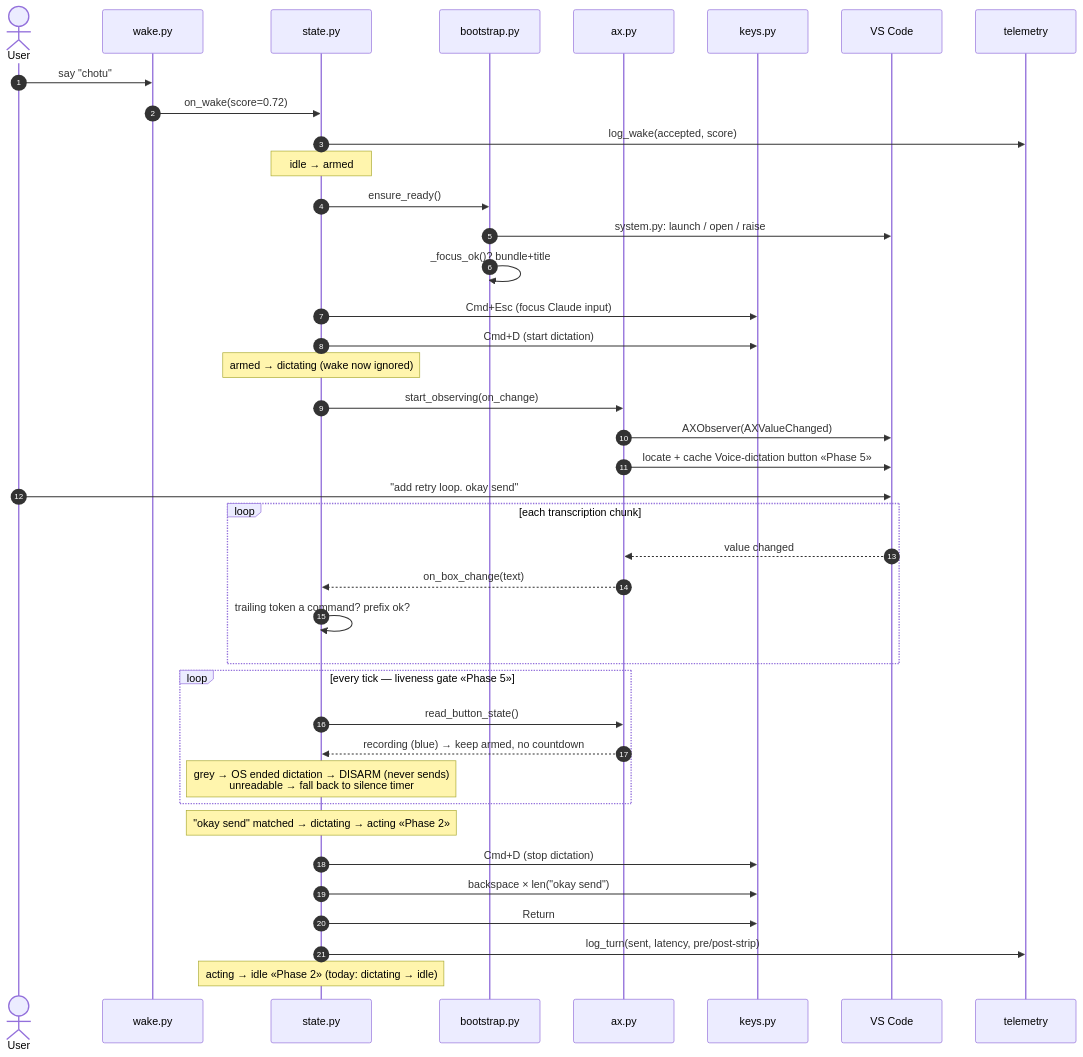
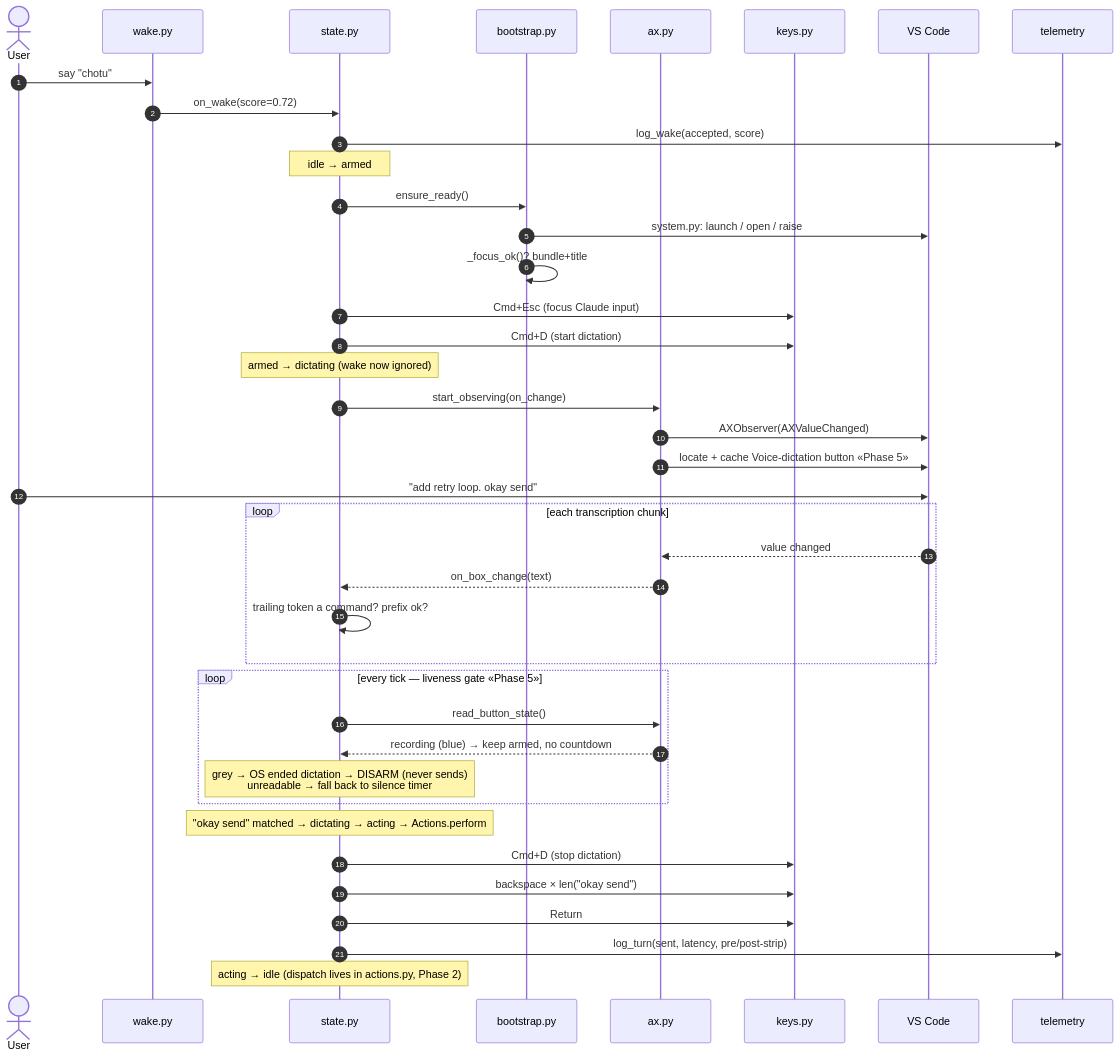
One commit to utkarshtrivedimdz/hey-claude changed the third of 8 diagrams in docs/ARCHITECTURE.md. Above: the diagram before and after it, drawn with Mermaid. The commit also changed other lines of this file and 5 other files, not shown here.

````diff
--- a/docs/ARCHITECTURE.md
+++ b/docs/ARCHITECTURE.md
@@ -160,43 +160,43 @@
 ```mermaid
 sequenceDiagram
   autonumber
   actor U as User
   participant W as wake.py
   participant SM as state.py
   participant BS as bootstrap.py
   participant AX as ax.py
   participant K as keys.py
   participant VS as VS Code
   participant T as telemetry
 
   U->>W: say "chotu"
   W->>SM: on_wake(score=0.72)
   SM->>T: log_wake(accepted, score)
   Note over SM: idle → armed
   SM->>BS: ensure_ready()
   BS->>VS: system.py: launch / open / raise
   BS->>BS: _focus_ok()? bundle+title
   SM->>K: Cmd+Esc (focus Claude input)
   SM->>K: Cmd+D (start dictation)
   Note over SM: armed → dictating (wake now ignored)
   SM->>AX: start_observing(on_change)
   AX->>VS: AXObserver(AXValueChanged)
   AX->>VS: locate + cache Voice-dictation button «Phase 5»
   U->>VS: "add retry loop. okay send"
   loop each transcription chunk
     VS-->>AX: value changed
     AX-->>SM: on_box_change(text)
     SM->>SM: trailing token a command? prefix ok?
   end
   loop every tick — liveness gate «Phase 5»
     SM->>AX: read_button_state()
     AX-->>SM: recording (blue) → keep armed, no countdown
     Note over SM: grey → OS ended dictation → DISARM (never sends)<br/>unreadable → fall back to silence timer
   end
-  Note over SM: "okay send" matched → dictating → acting «Phase 2»
+  Note over SM: "okay send" matched → dictating → acting → Actions.perform
   SM->>K: Cmd+D (stop dictation)
   SM->>K: backspace × len("okay send")
   SM->>K: Return
   SM->>T: log_turn(sent, latency, pre/post-strip)
-  Note over SM: acting → idle «Phase 2» (today: dictating → idle)
+  Note over SM: acting → idle (dispatch lives in actions.py, Phase 2)
 ```
````
